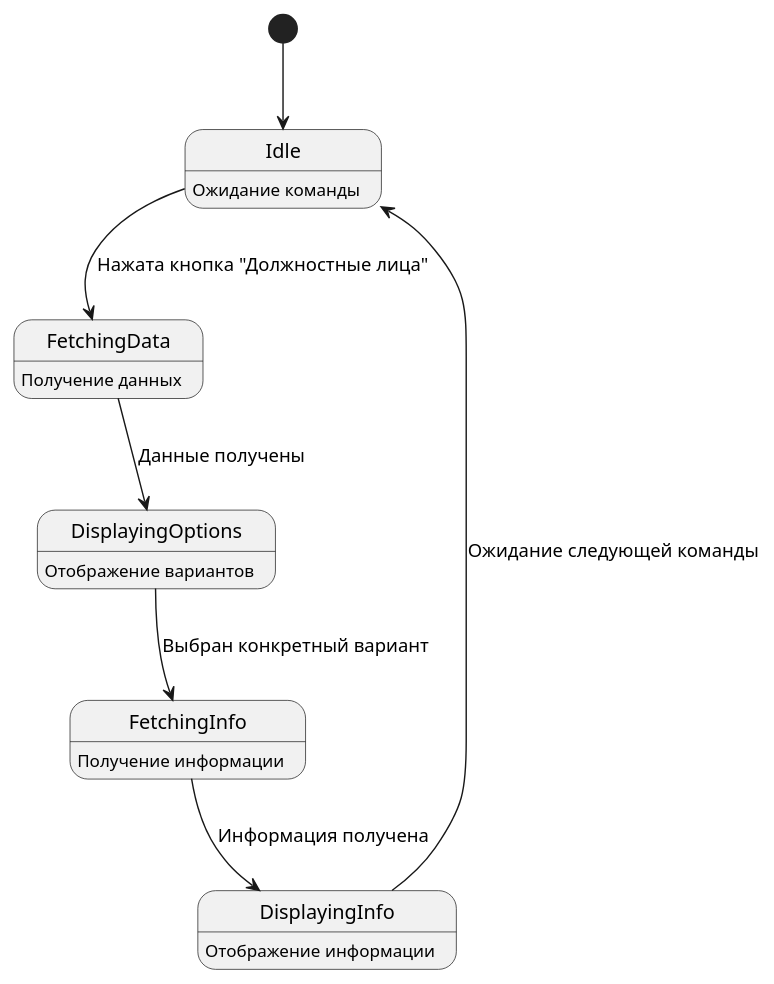
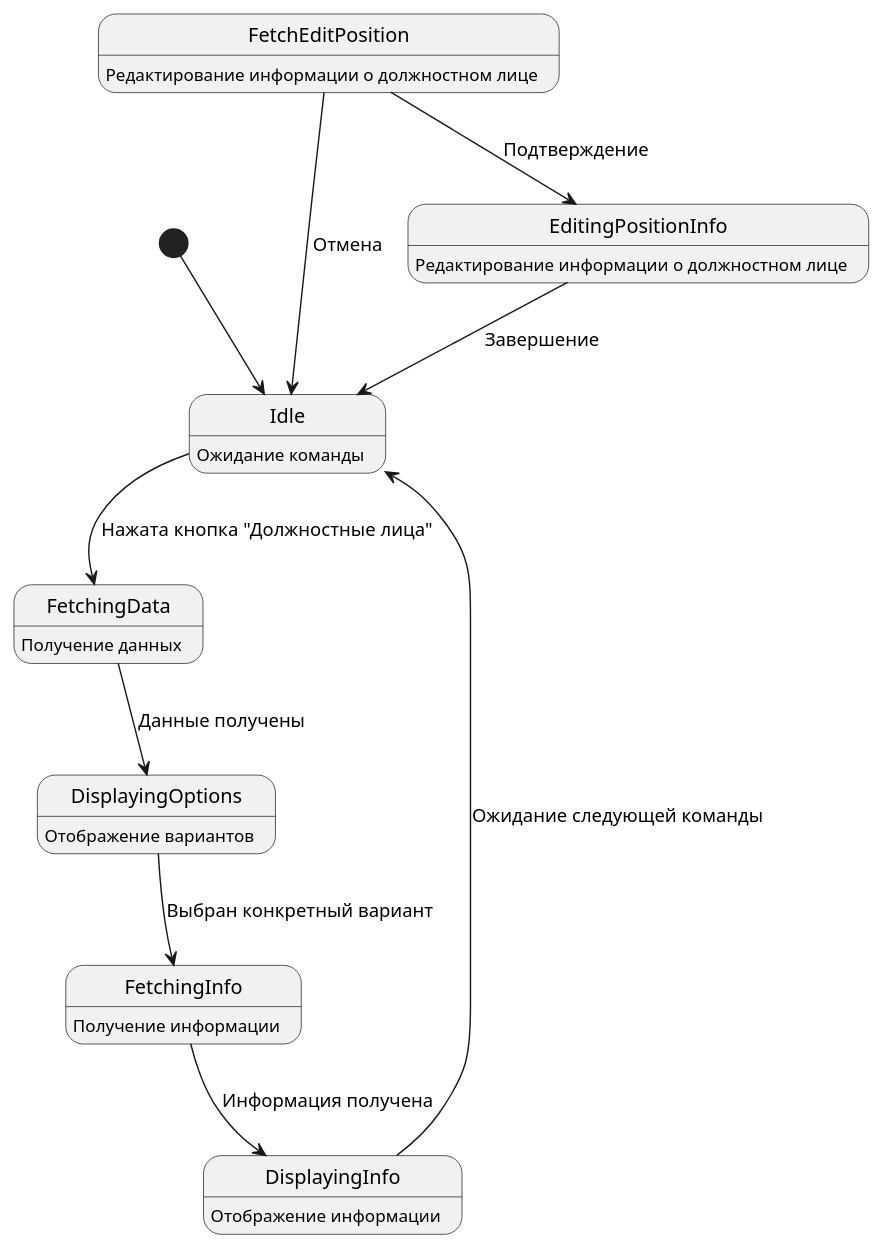
Before and after one commit to sinseiwas/PROspekt_bot: the diagram in docs/diagrams/director_status.puml, drawn with PlantUML. The commit also changed 8 other files, not shown here.

```diff
--- a/docs/diagrams/director_status.puml
+++ b/docs/diagrams/director_status.puml
@@ -1,14 +1,21 @@
 @startuml
 [*] --> Idle
 
 Idle : Ожидание команды
 Idle --> FetchingData : Нажата кнопка "Должностные лица"
 FetchingData : Получение данных
 FetchingData --> DisplayingOptions : Данные получены
 DisplayingOptions : Отображение вариантов
 DisplayingOptions --> FetchingInfo : Выбран конкретный вариант
 FetchingInfo : Получение информации
 FetchingInfo --> DisplayingInfo : Информация получена
 DisplayingInfo : Отображение информации
 DisplayingInfo --> Idle : Ожидание следующей команды
+
+FetchEditPosition : Редактирование информации о должностном лице
+FetchEditPosition --> Idle : Отмена
+FetchEditPosition --> EditingPositionInfo : Подтверждение
+
+EditingPositionInfo : Редактирование информации о должностном лице
+EditingPositionInfo --> Idle : Завершение
 @enduml
```
